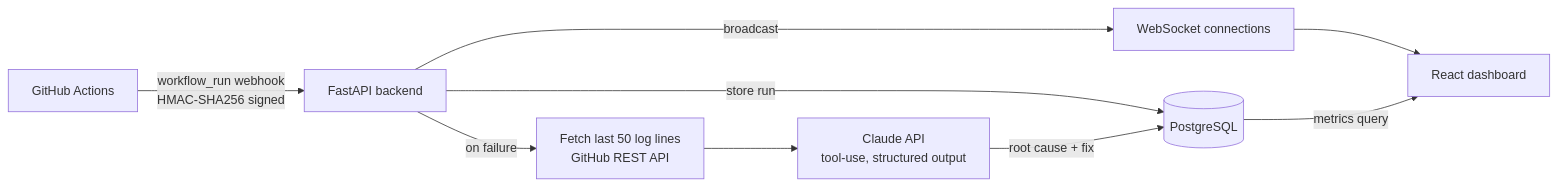
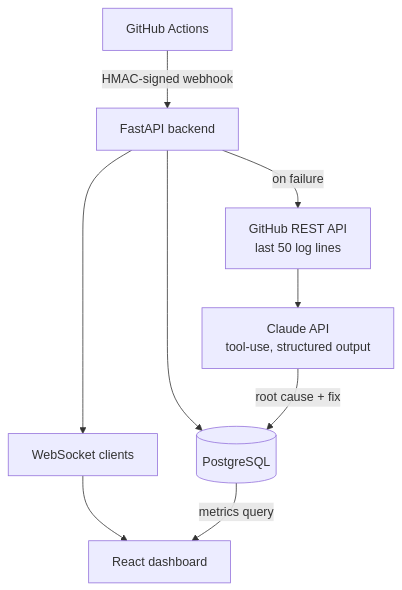
One commit to SidR-13/buildboard changed the first of 2 diagrams in README.md. Above: the diagram before and after it, drawn with Mermaid. The commit also changed other lines of this file, not shown here.

First line of the commit message:
Rewrite README: full engineering-decisions section, fix diagram layout

````diff
--- a/README.md
+++ b/README.md
@@ -25,11 +51,11 @@
 ```mermaid
-flowchart LR
-    GH[GitHub Actions] -- workflow_run webhook\nHMAC-SHA256 signed --> API[FastAPI backend]
-    API -- store run --> DB[(PostgreSQL)]
-    API -- broadcast --> WS[WebSocket connections]
-    API -- on failure --> LOGS[Fetch last 50 log lines\nGitHub REST API]
-    LOGS --> CLAUDE[Claude API\ntool-use, structured output]
-    CLAUDE -- root cause + fix --> DB
-    WS --> UI[React dashboard]
-    DB -- metrics query --> UI
+flowchart TD
+    GH["GitHub Actions"] -->|"HMAC-signed webhook"| API["FastAPI backend"]
+    API --> DB[("PostgreSQL")]
+    API --> WS["WebSocket clients"]
+    WS --> UI["React dashboard"]
+    DB -->|"metrics query"| UI
+    API -->|"on failure"| LOGS["GitHub REST API<br/>last 50 log lines"]
+    LOGS --> CLAUDE["Claude API<br/>tool-use, structured output"]
+    CLAUDE -->|"root cause + fix"| DB
 ```
````
